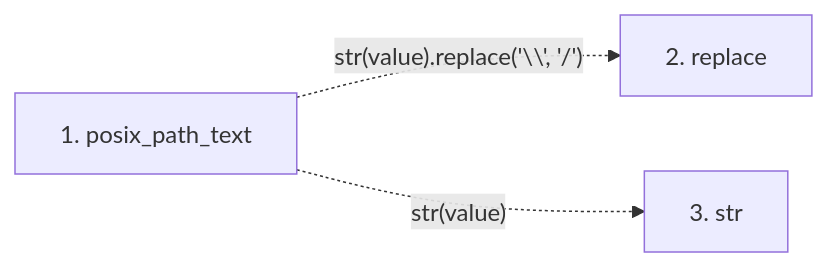
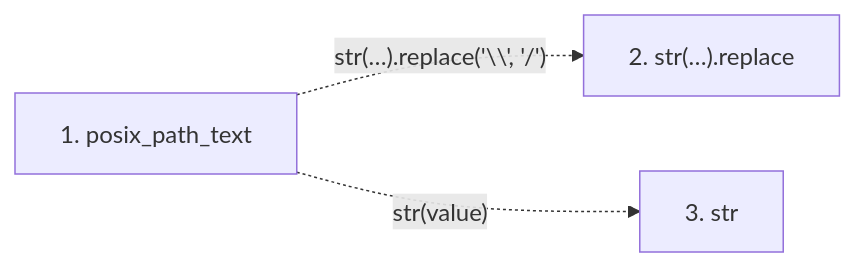
Before and after one commit to Denissvgn/python-wiki-llm: the second of 2 diagrams in docs/llm_wiki/flows/api-posix_path_text.md, drawn with Mermaid. The commit also changed other lines of this file and 719 other files, not shown here.

````diff
--- a/docs/llm_wiki/flows/api-posix_path_text.md
+++ b/docs/llm_wiki/flows/api-posix_path_text.md
@@ -22,9 +22,9 @@
 ```mermaid
 flowchart LR
     s1["1. posix_path_text"]
-    s2["2. replace"]
+    s2["2. str(…).replace"]
     s3["3. str"]
-    s1 -. "str(value).replace('\\', '/')" .-> s2
+    s1 -. "str(…).replace('\\', '/')" .-> s2
     s1 -. "str(value)" .-> s3
     click s1 "../modules/validation.md"
 ```
````
